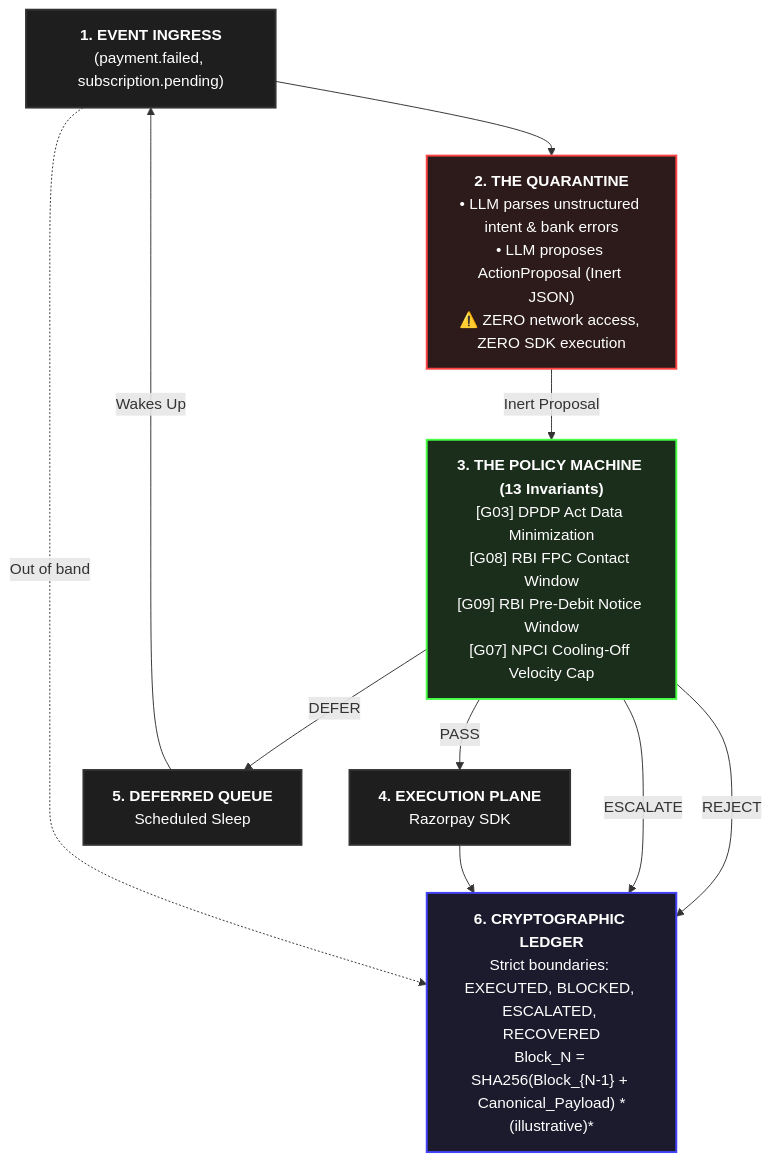
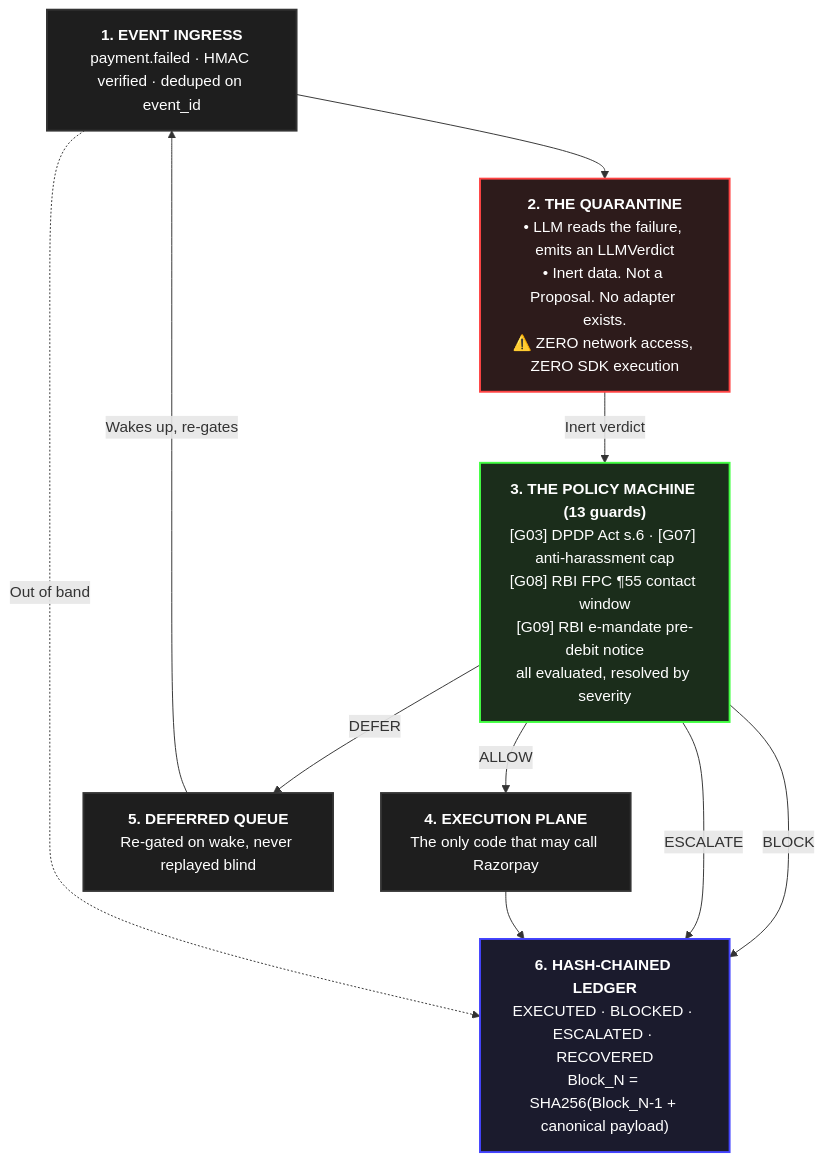
One commit to sriramvarun0636/Vasool changed the diagram in README.md. Above: the diagram before and after it, drawn with Mermaid. The commit also changed other lines of this file and 10 other files, not shown here.

````diff
--- a/README.md
+++ b/README.md
@@ -120,28 +169,28 @@
 ```mermaid
 flowchart TD
     classDef plane fill:#1e1e1e,stroke:#333,stroke-width:2px,color:#fff
     classDef quarantine fill:#2d1b1b,stroke:#ff4444,stroke-width:2px,color:#fff
     classDef policy fill:#1b2d1b,stroke:#44ff44,stroke-width:2px,color:#fff
     classDef ledger fill:#1b1b2d,stroke:#4444ff,stroke-width:2px,color:#fff
 
-    A["<b>1. EVENT INGRESS</b><br/>(payment.failed, subscription.pending)"]:::plane
-    
-    B["<b>2. THE QUARANTINE</b><br/>• LLM parses unstructured intent & bank errors<br/>• LLM proposes ActionProposal (Inert JSON)<br/>⚠️ ZERO network access, ZERO SDK execution"]:::quarantine
+    A["<b>1. EVENT INGRESS</b><br/>payment.failed · HMAC verified · deduped on event_id"]:::plane
 
-    C["<b>3. THE POLICY MACHINE (13 Invariants)</b><br/>[G03] DPDP Act Data Minimization<br/>[G08] RBI FPC Contact Window<br/>[G09] RBI Pre-Debit Notice Window<br/>[G07] NPCI Cooling-Off Velocity Cap"]:::policy
+    B["<b>2. THE QUARANTINE</b><br/>• LLM reads the failure, emits an LLMVerdict<br/>• Inert data. Not a Proposal. No adapter exists.<br/>⚠️ ZERO network access, ZERO SDK execution"]:::quarantine
 
-    D["<b>4. EXECUTION PLANE</b><br/>Razorpay SDK"]:::plane
-    E["<b>5. DEFERRED QUEUE</b><br/>Scheduled Sleep"]:::plane
+    C["<b>3. THE POLICY MACHINE (13 guards)</b><br/>[G03] DPDP Act s.6 · [G07] anti-harassment cap<br/>[G08] RBI FPC ¶55 contact window<br/>[G09] RBI e-mandate pre-debit notice<br/>all evaluated, resolved by severity"]:::policy
 
-    F["<b>6. CRYPTOGRAPHIC LEDGER</b><br/>Strict boundaries: EXECUTED, BLOCKED, ESCALATED, RECOVERED<br/>Block_N = SHA256(Block_{N-1} + Canonical_Payload) *(illustrative)*"]:::ledger
+    D["<b>4. EXECUTION PLANE</b><br/>The only code that may call Razorpay"]:::plane
+    E["<b>5. DEFERRED QUEUE</b><br/>Re-gated on wake, never replayed blind"]:::plane
+
+    F["<b>6. HASH-CHAINED LEDGER</b><br/>EXECUTED · BLOCKED · ESCALATED · RECOVERED<br/>Block_N = SHA256(Block_N-1 + canonical payload)"]:::ledger
 
     A --> B
-    B -->|Inert Proposal| C
-    C -->|PASS| D
-    C -->|REJECT| F
+    B -->|Inert verdict| C
+    C -->|ALLOW| D
+    C -->|BLOCK| F
     C -->|ESCALATE| F
     C -->|DEFER| E
     D --> F
-    E -->|Wakes Up| A
+    E -->|Wakes up, re-gates| A
     A -.->|Out of band| F
 ```
````
